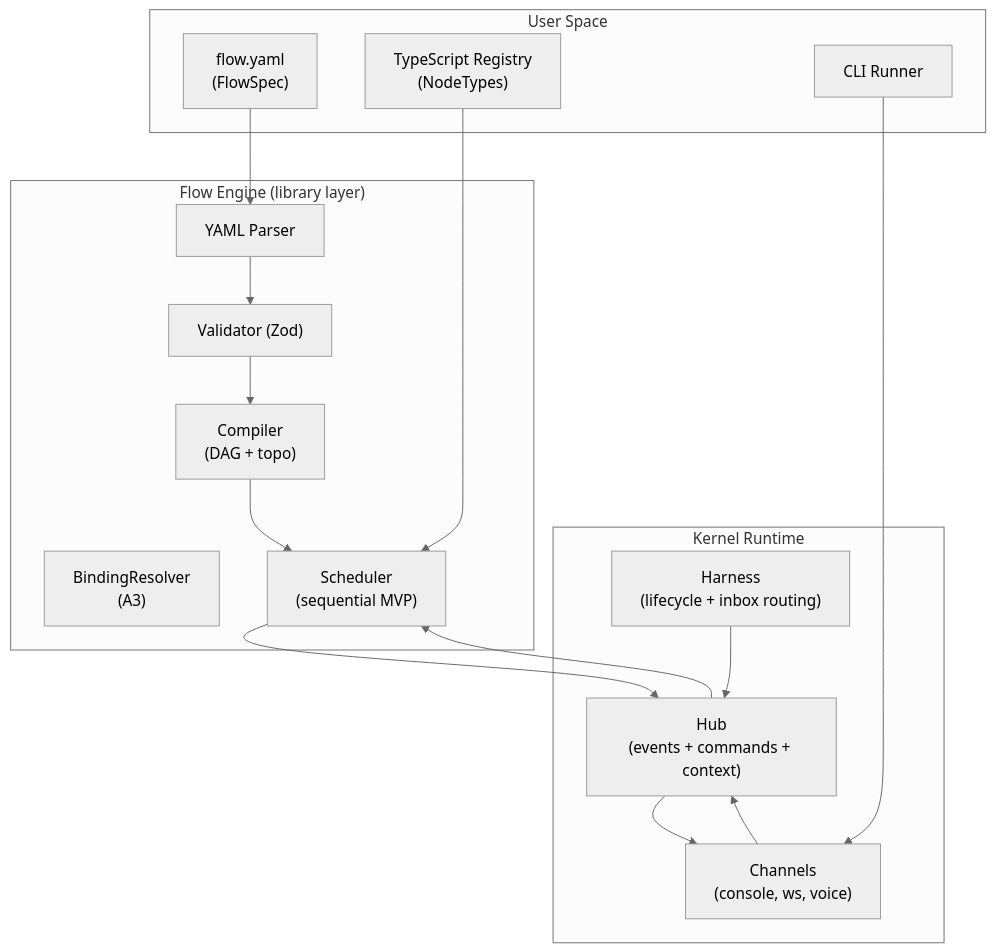
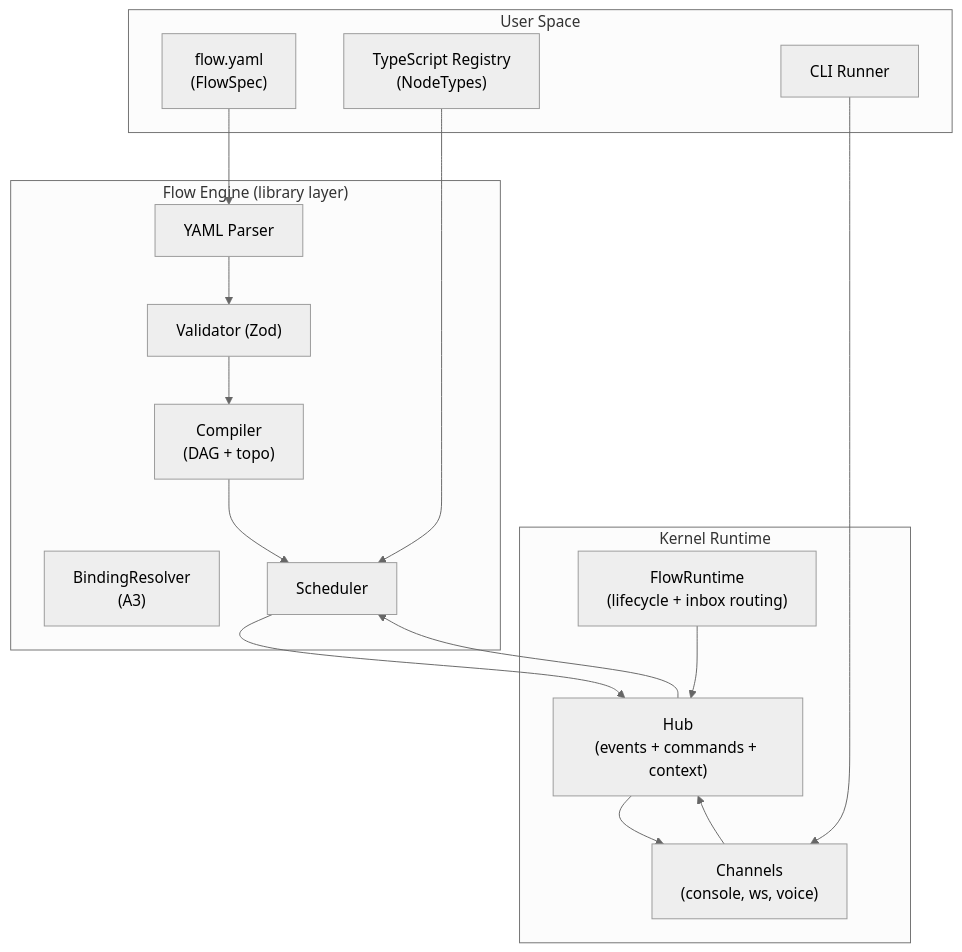
The diagram in packages/kernel/docs/README.md (Open-Harness/open-harness), drawn with Mermaid (neutral theme) before and after one commit. The commit also changed other lines of this file and 22 other files, not shown here.

Commit message:
Update kernel docs for flow-only runtime

````diff
--- a/packages/kernel/docs/README.md
+++ b/packages/kernel/docs/README.md
@@ -36,34 +36,34 @@
 ```mermaid
 flowchart TB
   subgraph UserSpace["User Space"]
     YAML["flow.yaml<br/>(FlowSpec)"]
     REG["TypeScript Registry<br/>(NodeTypes)"]
     CLI["CLI Runner"]
   end
 
   subgraph Kernel["Kernel Runtime"]
     HUB["Hub<br/>(events + commands + context)"]
-    HARNESS["Harness<br/>(lifecycle + inbox routing)"]
+    FLOWRT["FlowRuntime<br/>(lifecycle + inbox routing)"]
     CHANNELS["Channels<br/>(console, ws, voice)"]
   end
 
   subgraph FlowEngine["Flow Engine (library layer)"]
     PARSER["YAML Parser"]
     VALID["Validator (Zod)"]
     COMP["Compiler<br/>(DAG + topo)"]
     BIND["BindingResolver<br/>(A3)"]
-    EXEC["Scheduler<br/>(sequential MVP)"]
+    EXEC["Scheduler"]
   end
 
   YAML --> PARSER
   PARSER --> VALID
   VALID --> COMP
   COMP --> EXEC
   REG --> EXEC
   EXEC --> HUB
   HUB --> EXEC
-  HARNESS --> HUB
+  FLOWRT --> HUB
   CHANNELS --> HUB
   HUB --> CHANNELS
   CLI --> CHANNELS
 ```
````
